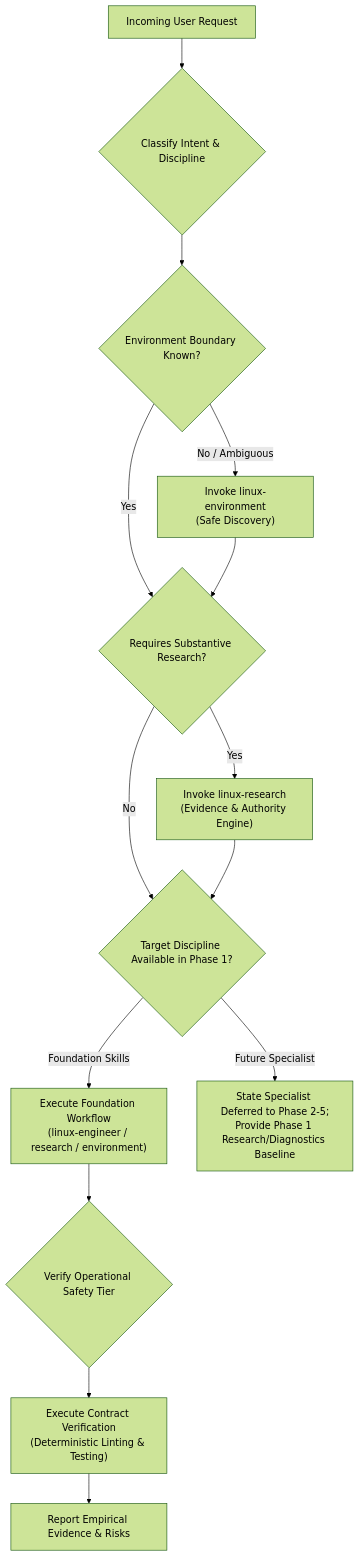
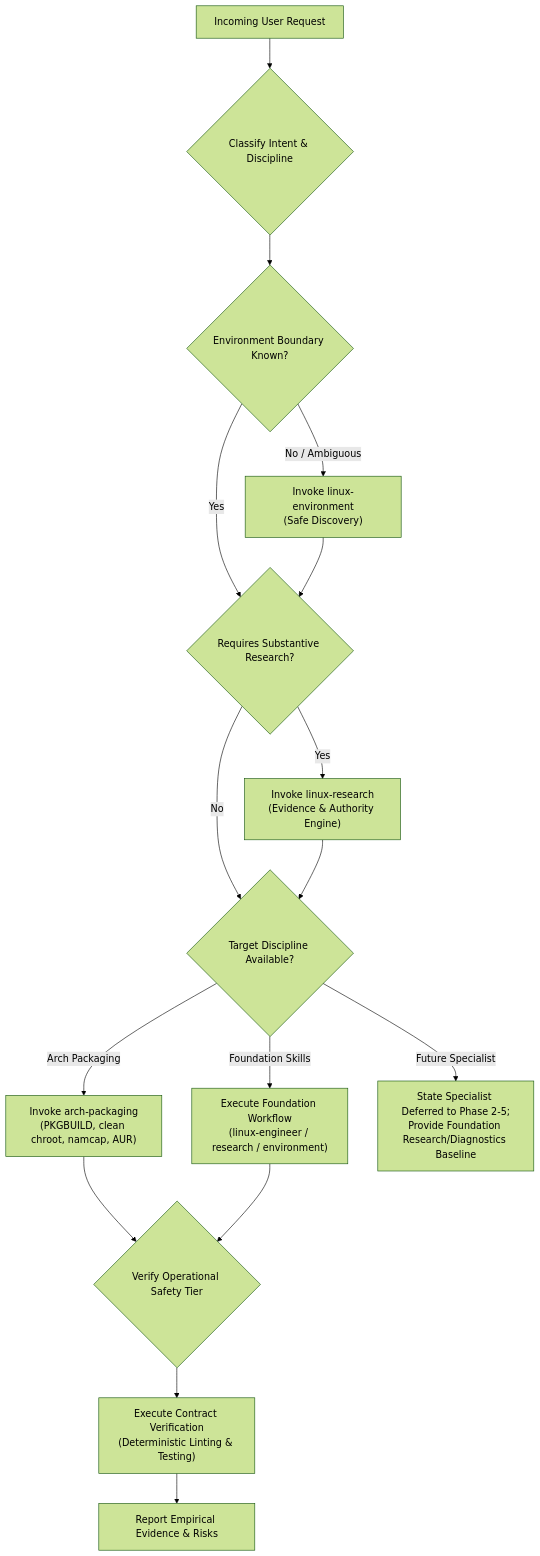
The diagram in skills/linux-engineer/SKILL.md (eshanized/SysWright), drawn with Mermaid (forest theme) before and after one commit. The commit also changed other lines of this file and 2 other files, not shown here.

Commit message:
feat(routing): integrate arch-packaging specialist into central linux-engineer router

````diff
--- a/skills/linux-engineer/SKILL.md
+++ b/skills/linux-engineer/SKILL.md
@@ -21,20 +21,22 @@
 ```mermaid
 flowchart TD
     REQ["Incoming User Request"] --> CLASS{"Classify Intent & Discipline"}
 
     CLASS --> ENV_CHECK{"Environment Boundary Known?"}
     ENV_CHECK -->|No / Ambiguous| ENV["Invoke linux-environment\n(Safe Discovery)"]
     ENV_CHECK -->|Yes| RES_CHECK{"Requires Substantive Research?"}
     ENV --> RES_CHECK
 
     RES_CHECK -->|Yes| RES["Invoke linux-research\n(Evidence & Authority Engine)"]
-    RES_CHECK -->|No| SPEC_CHECK{"Target Discipline Available in Phase 1?"}
+    RES_CHECK -->|No| SPEC_CHECK{"Target Discipline Available?"}
     RES --> SPEC_CHECK
 
+    SPEC_CHECK -->|Arch Packaging| ARCH_PKG["Invoke arch-packaging\n(PKGBUILD, clean chroot, namcap, AUR)"]
     SPEC_CHECK -->|Foundation Skills| EXEC["Execute Foundation Workflow\n(linux-engineer / research / environment)"]
-    SPEC_CHECK -->|Future Specialist| DEFER["State Specialist Deferred to Phase 2-5;\nProvide Phase 1 Research/Diagnostics Baseline"]
+    SPEC_CHECK -->|Future Specialist| DEFER["State Specialist Deferred to Phase 2-5;\nProvide Foundation Research/Diagnostics Baseline"]
 
-    EXEC --> SAFE{"Verify Operational Safety Tier"}
+    ARCH_PKG --> SAFE{"Verify Operational Safety Tier"}
+    EXEC --> SAFE
     SAFE --> VERIFY["Execute Contract Verification\n(Deterministic Linting & Testing)"]
     VERIFY --> REPORT["Report Empirical Evidence & Risks"]
 ```
````
